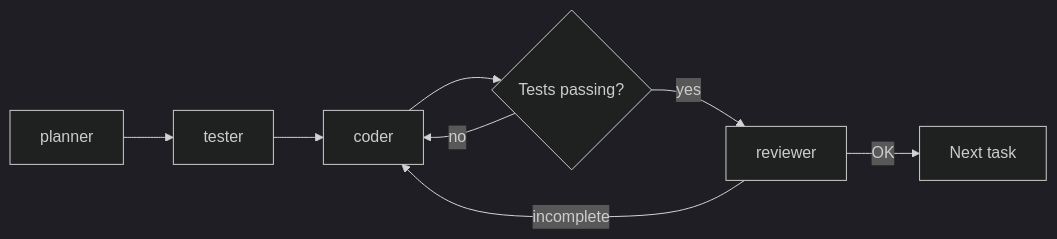
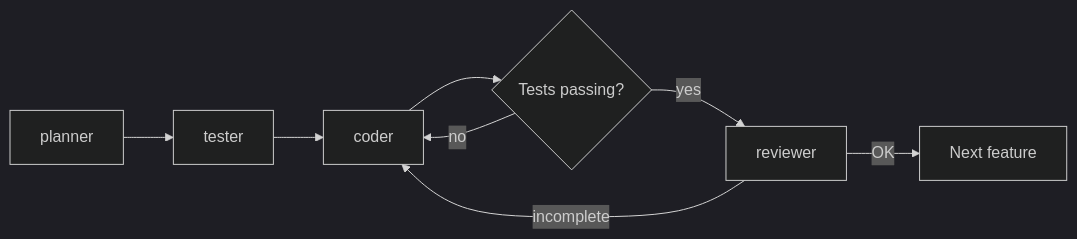
The diagram in CLAUDE.md (Maleckidd/ai-starter), drawn with Mermaid (dark theme) before and after one commit. The commit also changed other lines of this file and 2 other files, not shown here.

Commit message:
Polish: purge lingering per-step/per-task wording (frontmatter, diagram, bullets)

````diff
--- a/CLAUDE.md
+++ b/CLAUDE.md
@@ -57,10 +57,10 @@
 ```mermaid
 flowchart LR
     P[planner] --> T[tester]
     T --> C[coder]
     C --> Q{Tests passing?}
     Q -- no --> C
     Q -- yes --> R[reviewer]
-    R -- OK --> N[Next task]
+    R -- OK --> N[Next feature]
     R -- incomplete --> C
 ```
````
